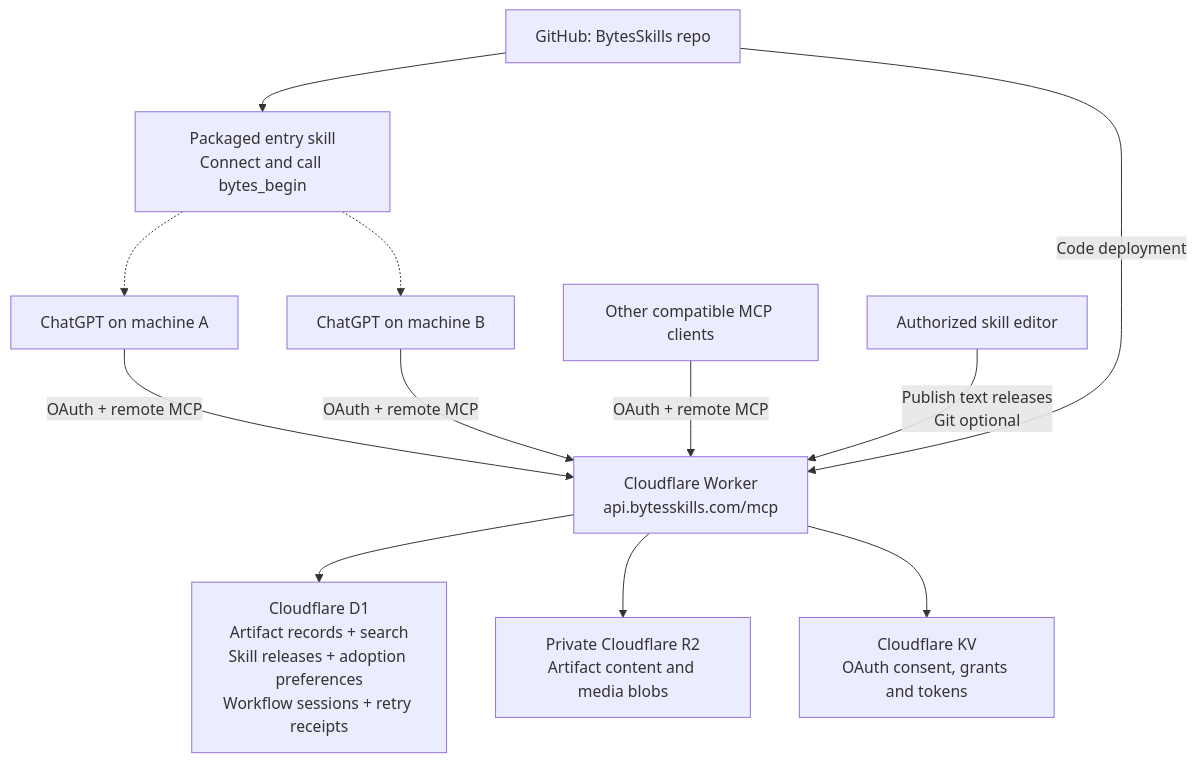
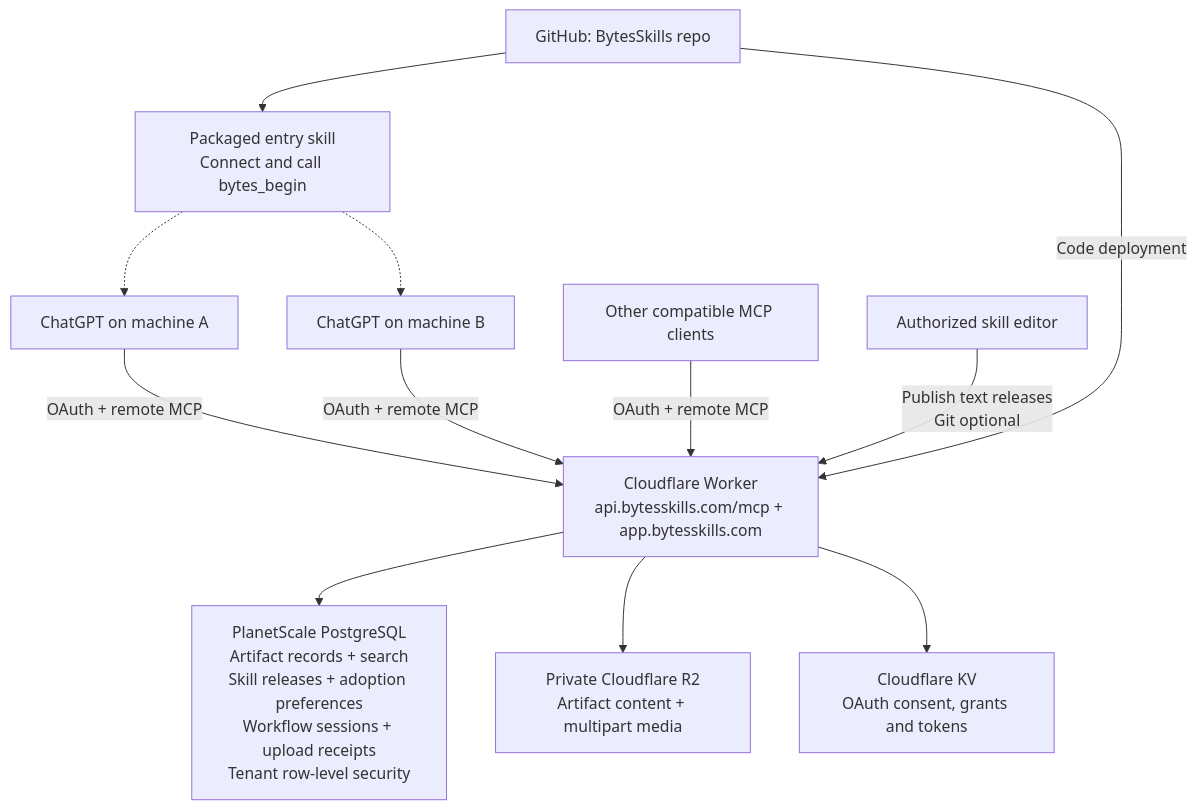
Before and after one commit to bennyp11/BytesSkills: the diagram in docs/PRD.md, drawn with Mermaid. The commit also changed other lines of this file and 11 other files, not shown here.

Commit message:
Add secure multipart media uploads

````diff
--- a/docs/PRD.md
+++ b/docs/PRD.md
@@ -15,15 +15,15 @@
 ```mermaid
 flowchart TD
     A[ChatGPT on machine A] -->|OAuth + remote MCP| W
     B[ChatGPT on machine B] -->|OAuth + remote MCP| W
     C[Other compatible MCP clients] -->|OAuth + remote MCP| W
-    W[Cloudflare Worker\napi.bytesskills.com/mcp]
-    W --> D[Cloudflare D1\nArtifact records + search\nSkill releases + adoption preferences\nWorkflow sessions + retry receipts]
-    W --> R[Private Cloudflare R2\nArtifact content and media blobs]
+    W[Cloudflare Worker\napi.bytesskills.com/mcp + app.bytesskills.com]
+    W --> D[PlanetScale PostgreSQL\nArtifact records + search\nSkill releases + adoption preferences\nWorkflow sessions + upload receipts\nTenant row-level security]
+    W --> R[Private Cloudflare R2\nArtifact content + multipart media]
     W --> K[Cloudflare KV\nOAuth consent, grants and tokens]
     P[Authorized skill editor] -->|Publish text releases\nGit optional| W
     G[GitHub: BytesSkills repo] -->|Code deployment| W
     G --> I[Packaged entry skill\nConnect and call bytes_begin]
     I -.-> A
     I -.-> B
 ```
````
